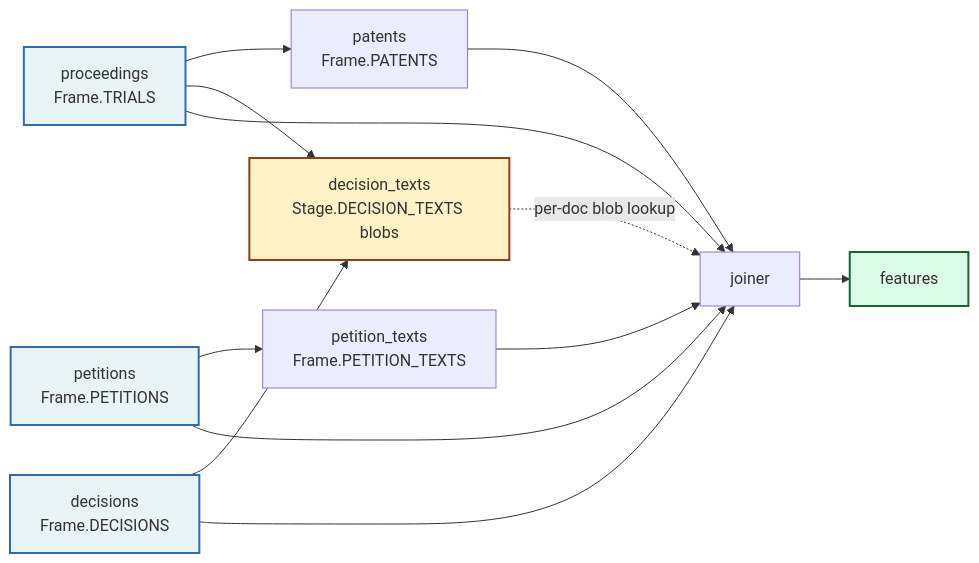
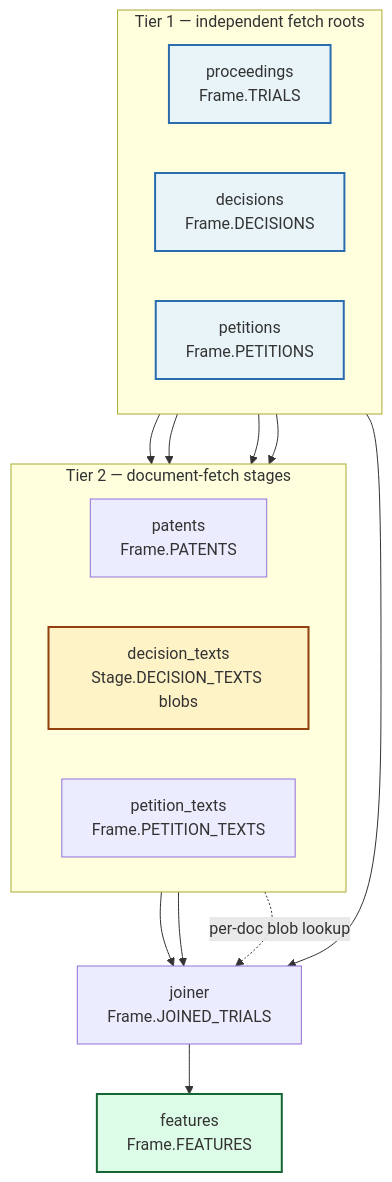
One commit to josemita87/ML-USPTO changed the first of 3 diagrams in docs/engineering/pipeline.md. Above: the diagram before and after it, drawn with Mermaid. The commit also changed 6 other files, not shown here.

````diff
--- a/docs/engineering/pipeline.md
+++ b/docs/engineering/pipeline.md
@@ -30,31 +30,35 @@
 ```mermaid
-flowchart LR
+flowchart TD
     classDef root fill:#e8f4f8,stroke:#2b6cb0,stroke-width:2px
     classDef confluence fill:#fef3c7,stroke:#92400e,stroke-width:2px
     classDef terminal fill:#dcfce7,stroke:#166534,stroke-width:2px
 
-    proceedings[proceedings<br/>Frame.TRIALS]:::root
-    decisions[decisions<br/>Frame.DECISIONS]:::root
-    petitions[petitions<br/>Frame.PETITIONS]:::root
+    subgraph T1[Tier 1 — independent fetch roots]
+      direction LR
+      proceedings["proceedings<br/>Frame.TRIALS"]:::root
+      decisions["decisions<br/>Frame.DECISIONS"]:::root
+      petitions["petitions<br/>Frame.PETITIONS"]:::root
+    end
 
-    decision_texts[decision_texts<br/>Stage.DECISION_TEXTS blobs]:::confluence
-    petition_texts[petition_texts<br/>Frame.PETITION_TEXTS]
-    patents[patents<br/>Frame.PATENTS]
+    subgraph T2[Tier 2 — document-fetch stages]
+      direction LR
+      patents["patents<br/>Frame.PATENTS"]
+      decision_texts["decision_texts<br/>Stage.DECISION_TEXTS blobs"]:::confluence
+      petition_texts["petition_texts<br/>Frame.PETITION_TEXTS"]
+    end
 
-    joiner[joiner]
-    features[features]:::terminal
+    joiner["joiner<br/>Frame.JOINED_TRIALS"]
+    features["features<br/>Frame.FEATURES"]:::terminal
 
     proceedings --> patents
     proceedings --> decision_texts
     decisions --> decision_texts
     petitions --> petition_texts
 
-    proceedings --> joiner
-    decisions --> joiner
-    petitions --> joiner
+    T1 --> joiner
     patents --> joiner
     petition_texts --> joiner
-    decision_texts -. per-doc blob lookup .-> joiner
+    decision_texts -.->|per-doc blob lookup| joiner
 
     joiner --> features
 ```
````
